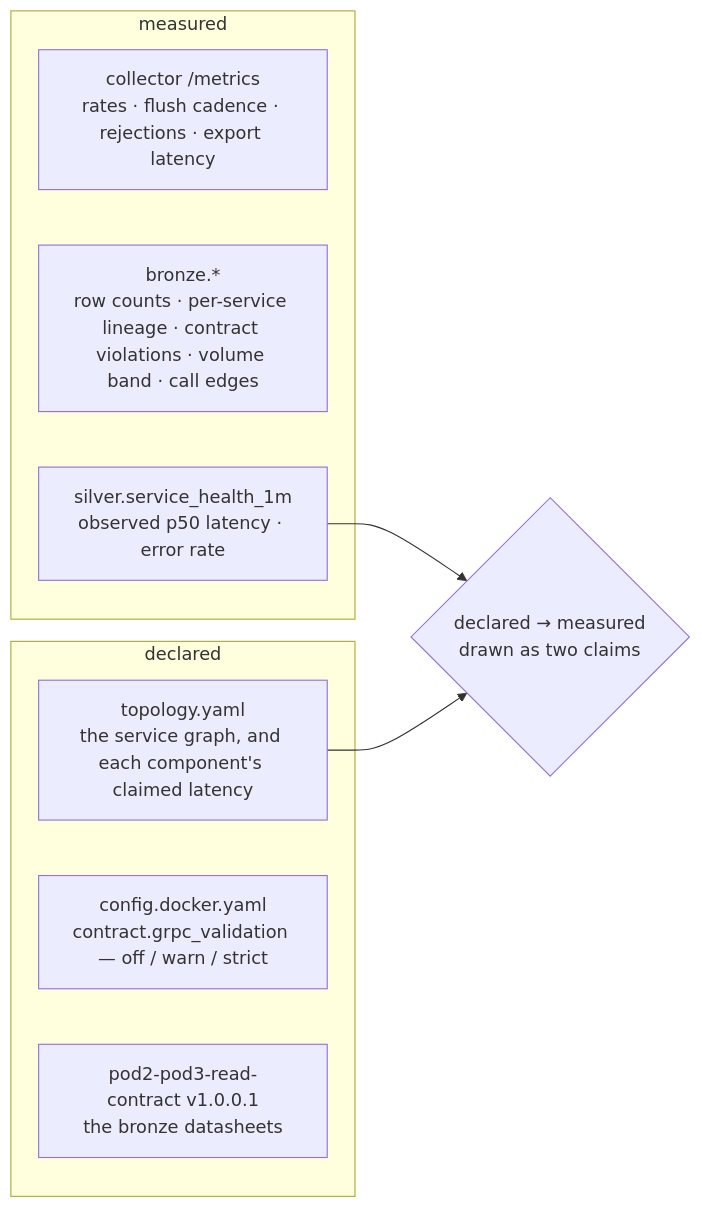
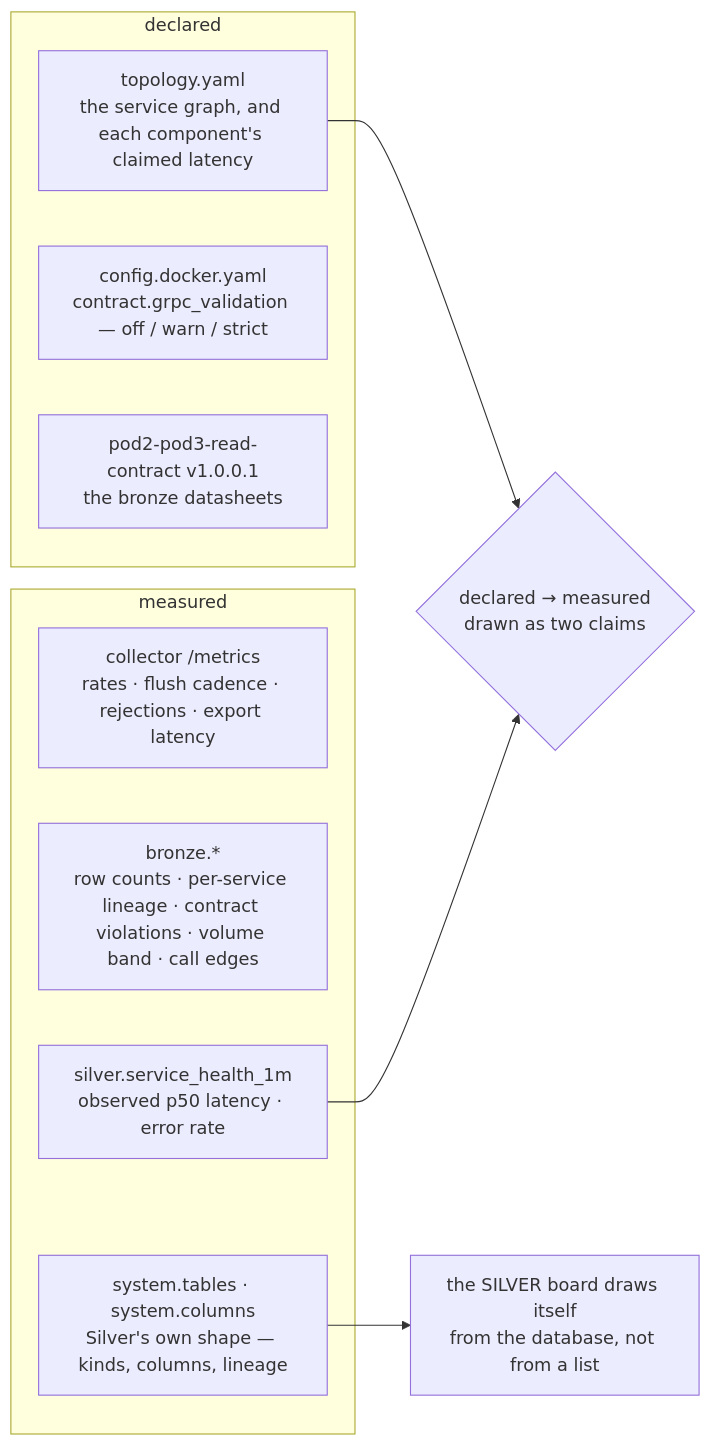
The fifth of 6 diagrams in services/flow-ui/ARCHITECTURE.md (luanmorenommaciel/sentinel), drawn with Mermaid before and after one commit. The commit also changed 7 other files, not shown here.

First line of the commit message:
feat(flow-ui): draw silver as a DAG read from the database, not from a list in the code

````diff
--- a/services/flow-ui/ARCHITECTURE.md
+++ b/services/flow-ui/ARCHITECTURE.md
@@ -193,15 +193,17 @@
 ```mermaid
 flowchart LR
     subgraph measured["measured"]
         M1["collector /metrics<br/>rates · flush cadence · rejections · export latency"]
         M2["bronze.*<br/>row counts · per-service lineage · contract violations · volume band · call edges"]
         M3["silver.service_health_1m<br/>observed p50 latency · error rate"]
+        M4["system.tables · system.columns<br/>Silver's own shape — kinds, columns, lineage"]
     end
     subgraph declared["declared"]
         D1["topology.yaml<br/>the service graph, and each component's claimed latency"]
         D2["config.docker.yaml<br/>contract.grpc_validation — off / warn / strict"]
         D3["pod2-pod3-read-contract v1.0.0.1<br/>the bronze datasheets"]
     end
     M3 --> J{"declared → measured<br/>drawn as two claims"}
     D1 --> J
+    M4 --> S["the SILVER board draws itself<br/>from the database, not from a list"]
 ```
````
